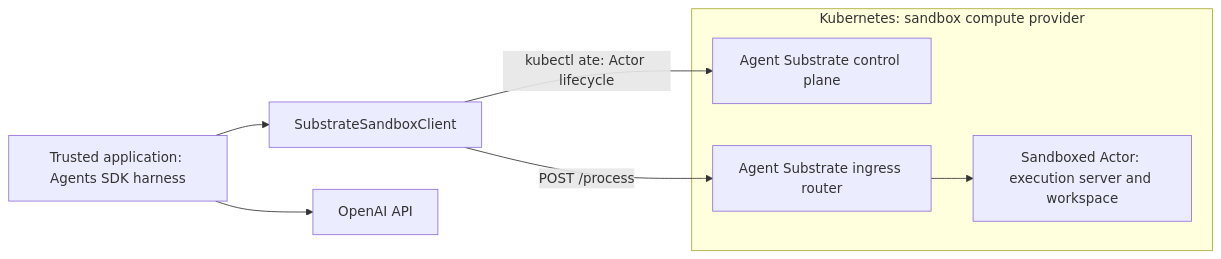
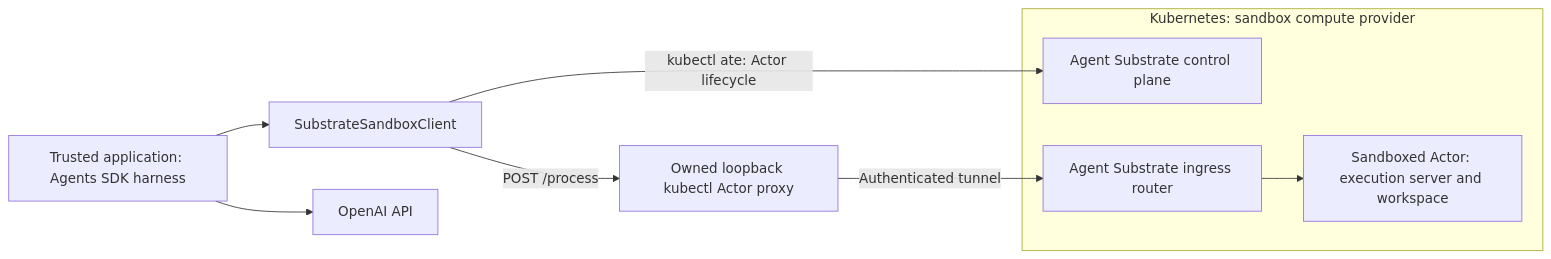
One commit to SatyKrish/openai-agent-substrate changed the diagram in docs/architecture.md. Above: the diagram before and after it, drawn with Mermaid. The commit also changed other lines of this file and 19 other files, not shown here.

````diff
--- a/docs/architecture.md
+++ b/docs/architecture.md
@@ -11,13 +11,14 @@
 ```mermaid
 flowchart LR
     Harness["Trusted application: Agents SDK harness"] --> Adapter[SubstrateSandboxClient]
     subgraph Kubernetes["Kubernetes: sandbox compute provider"]
         Control["Agent Substrate control plane"]
         Router["Agent Substrate ingress router"]
         Actor["Sandboxed Actor: execution server and workspace"]
         Router --> Actor
     end
     Adapter -->|"kubectl ate: Actor lifecycle"| Control
-    Adapter -->|"POST /process"| Router
+    Adapter -->|"POST /process"| Proxy["Owned loopback kubectl Actor proxy"]
+    Proxy -->|"Authenticated tunnel"| Router
     Harness --> API[OpenAI API]
 ```
````
